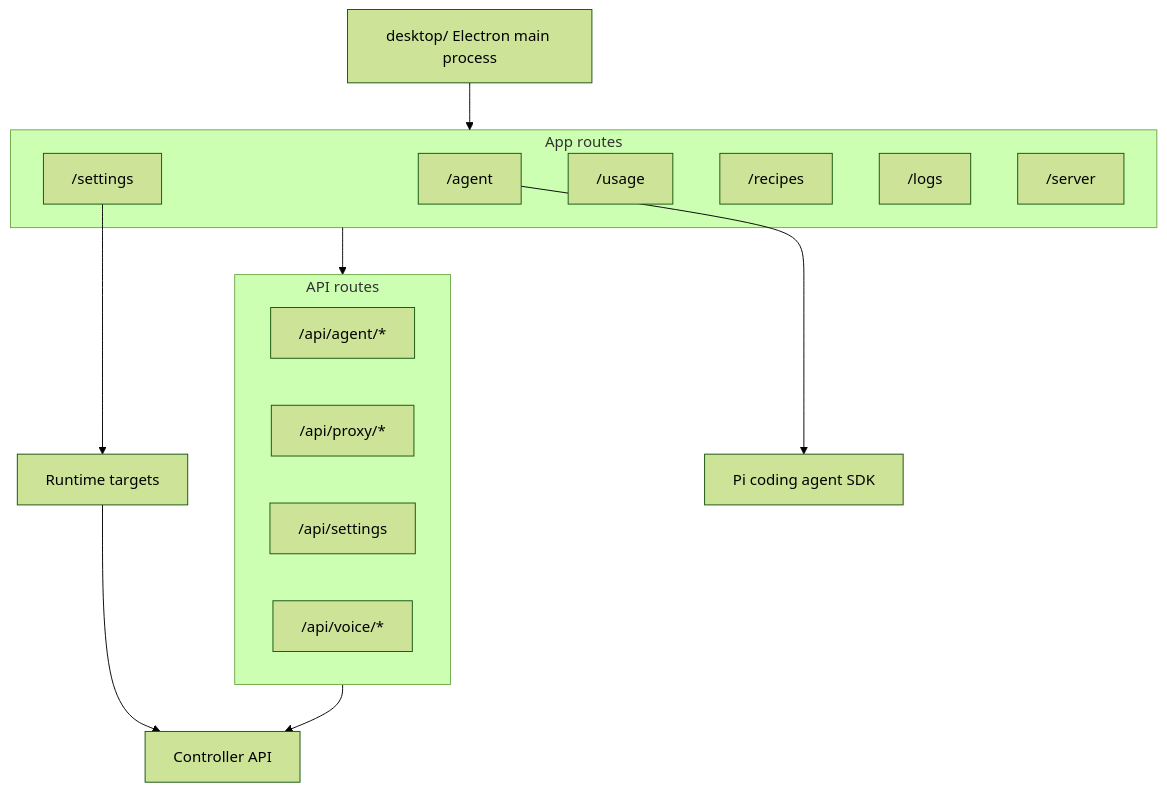
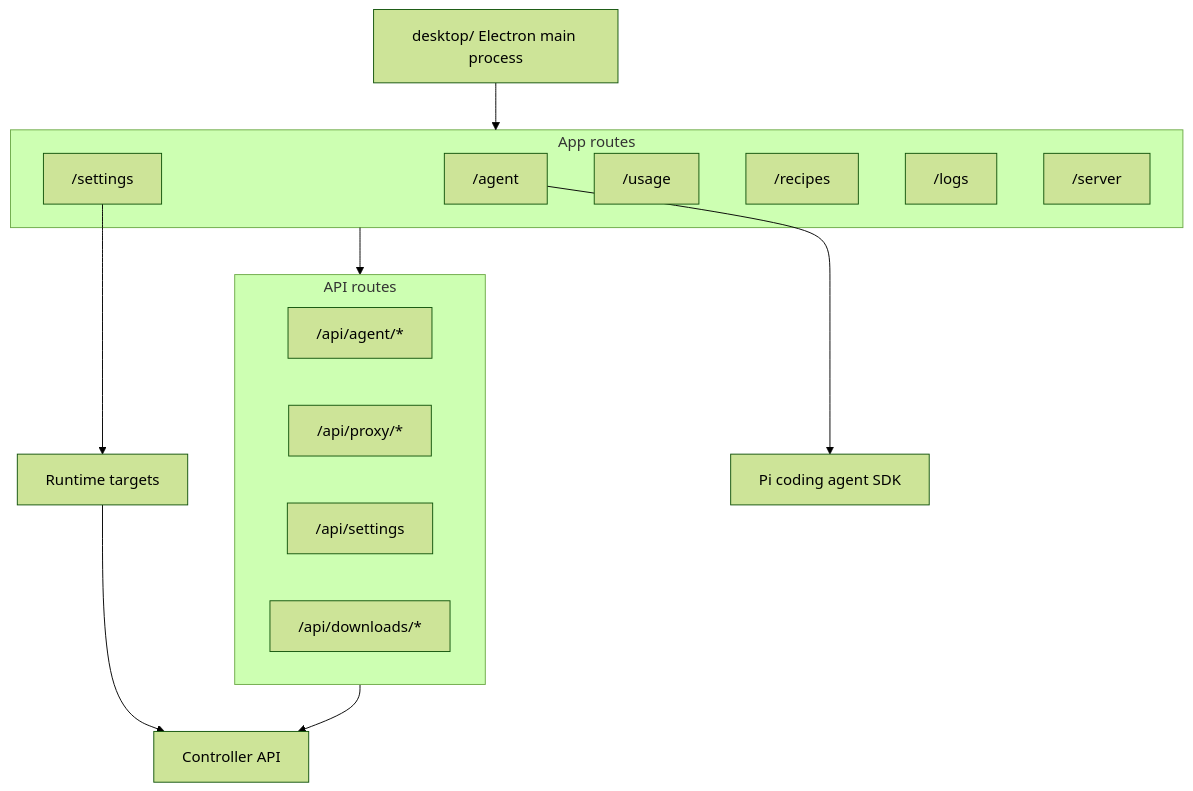
The diagram in frontend/README.md (0xSero/vllm-studio), drawn with Mermaid (forest theme) before and after one commit. The commit also changed 2 other files, not shown here.

Commit message:
docs: correct stale claims in AGENTS.md and package READMEs
- AGENTS.md pointed at frontend/src/features/agent/pi-runtime*.ts; the
  runtime moved to services/agent-runtime/src/ months ago
- the RTX 3090 left the remote box in June
- controller README claimed Zod config validation (it's Effect Schema)
  and a CLI consumer (cli/ was deleted)
- frontend README diagrammed /api/voice/* (voice feature removed)

````diff
--- a/frontend/README.md
+++ b/frontend/README.md
@@ -26,25 +26,25 @@
 ```mermaid
 flowchart TB
     subgraph UI["App routes"]
         Agent["/agent"]
         Settings["/settings"]
         Usage["/usage"]
         Recipes["/recipes"]
         Logs["/logs"]
         Server["/server"]
     end
 
     subgraph APIs["API routes"]
         AgentApi["/api/agent/*"]
         ProxyApi["/api/proxy/*"]
         SettingsApi["/api/settings"]
-        VoiceApi["/api/voice/*"]
+        DownloadsApi["/api/downloads/*"]
     end
 
     UI --> APIs
     APIs --> Controller["Controller API"]
     Settings --> Targets["Runtime targets"]
     Targets --> Controller
     Agent --> Pi["Pi coding agent SDK"]
     Desktop["desktop/ Electron main process"] --> UI
 ```
````
